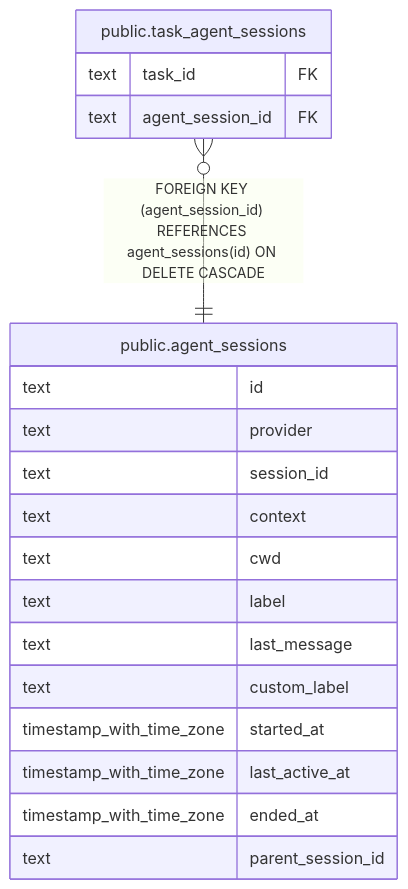
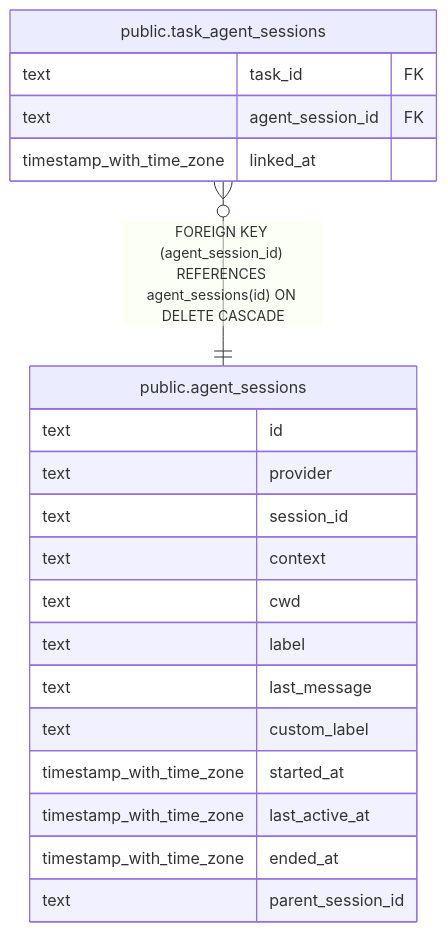
The diagram in api/docs/db/public.agent_sessions.md (fohte/tq), drawn with Mermaid before and after one commit. The commit also changed 13 other files, not shown here.

````diff
--- a/api/docs/db/public.agent_sessions.md
+++ b/api/docs/db/public.agent_sessions.md
@@ -48,24 +48,25 @@
 ```mermaid
 erDiagram
 
 "public.task_agent_sessions" }o--|| "public.agent_sessions" : "FOREIGN KEY (agent_session_id) REFERENCES agent_sessions(id) ON DELETE CASCADE"
 
 "public.agent_sessions" {
   text id
   text provider
   text session_id
   text context
   text cwd
   text label
   text last_message
   text custom_label
   timestamp_with_time_zone started_at
   timestamp_with_time_zone last_active_at
   timestamp_with_time_zone ended_at
   text parent_session_id
 }
 "public.task_agent_sessions" {
   text task_id FK
   text agent_session_id FK
+  timestamp_with_time_zone linked_at
 }
 ```
````
